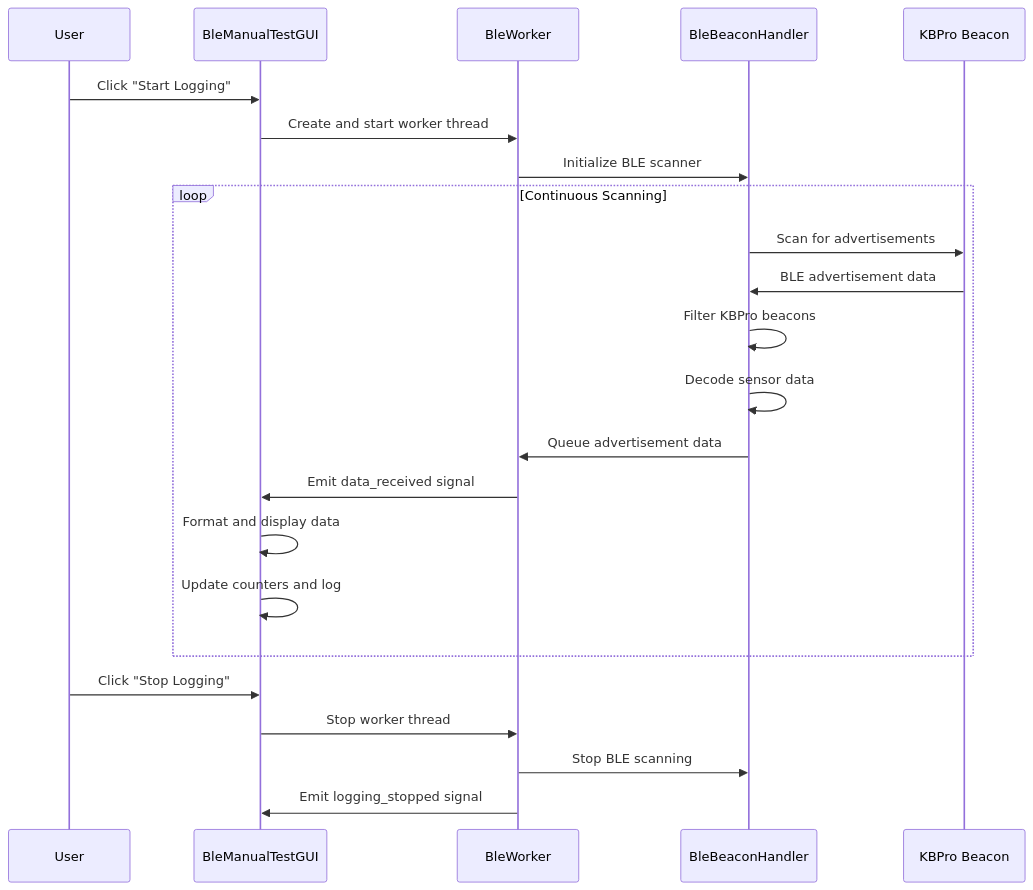
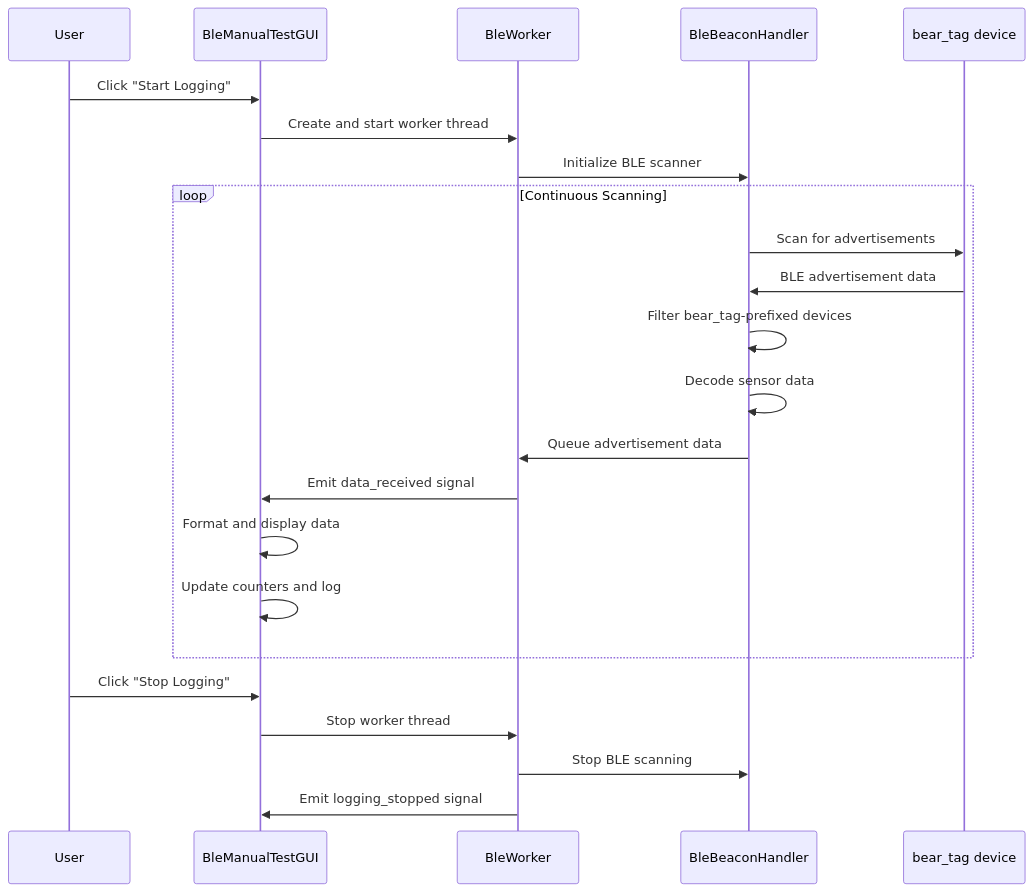
Before and after one commit to BeerBear85/BearVision: the second of 2 diagrams in docs/ble_beacon_system.md, drawn with Mermaid. The commit also changed other lines of this file and 7 other files, not shown here.

Commit message:
Accept bear_tag BLE advertisements

````diff
--- a/docs/ble_beacon_system.md
+++ b/docs/ble_beacon_system.md
@@ -219,28 +219,28 @@
 ```mermaid
 sequenceDiagram
     participant User
     participant GUI as BleManualTestGUI
     participant Worker as BleWorker
     participant Handler as BleBeaconHandler
-    participant Beacon as KBPro Beacon
+    participant Beacon as bear_tag device
     
     User->>GUI: Click "Start Logging"
     GUI->>Worker: Create and start worker thread
     Worker->>Handler: Initialize BLE scanner
     
     loop Continuous Scanning
         Handler->>Beacon: Scan for advertisements
         Beacon->>Handler: BLE advertisement data
-        Handler->>Handler: Filter KBPro beacons
+        Handler->>Handler: Filter bear_tag-prefixed devices
         Handler->>Handler: Decode sensor data
         Handler->>Worker: Queue advertisement data
         Worker->>GUI: Emit data_received signal
         GUI->>GUI: Format and display data
         GUI->>GUI: Update counters and log
     end
     
     User->>GUI: Click "Stop Logging"
     GUI->>Worker: Stop worker thread
     Worker->>Handler: Stop BLE scanning
     Worker->>GUI: Emit logging_stopped signal
 ```
````
